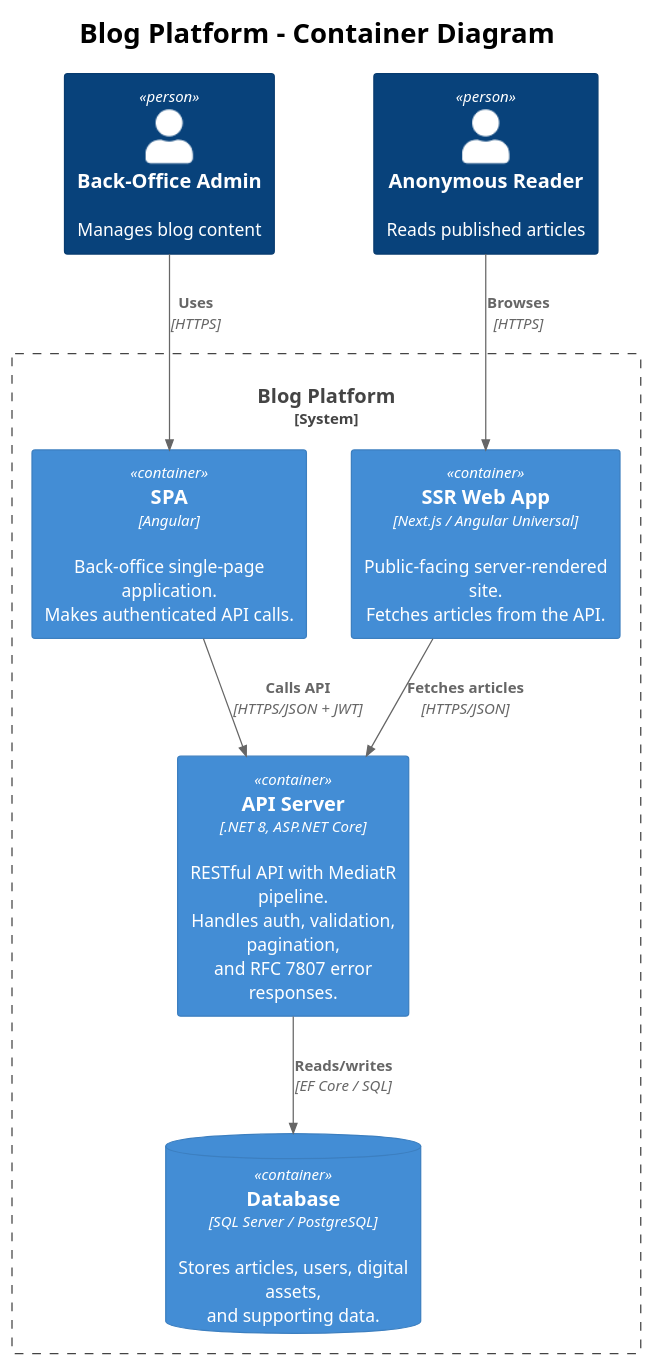
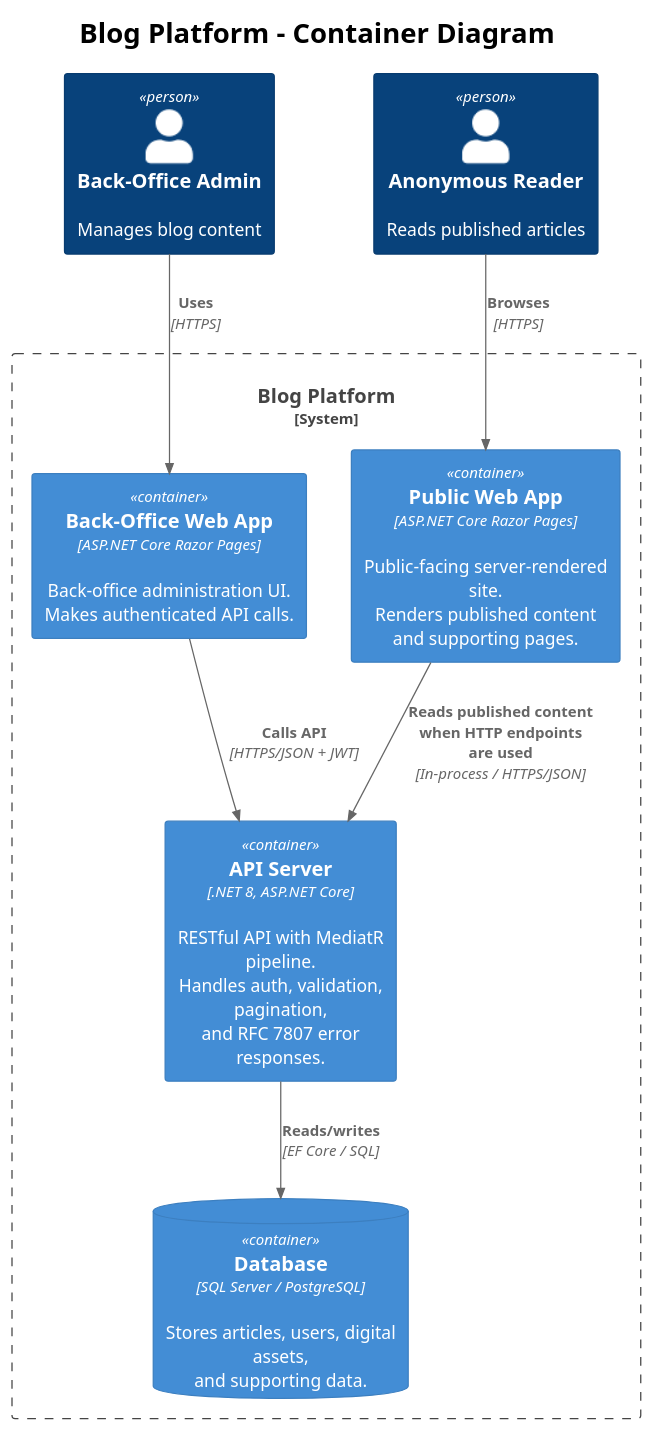
One commit to QuinntyneBrown/Blog changed the diagram in docs/detailed-designs/06-restful-api/diagrams/c4_container.puml. Above: the diagram before and after it, drawn with PlantUML. The commit also changed 18 other files, not shown here.

```diff
--- a/docs/detailed-designs/06-restful-api/diagrams/c4_container.puml
+++ b/docs/detailed-designs/06-restful-api/diagrams/c4_container.puml
@@ -1,23 +1,23 @@
 @startuml c4_container
 !theme plain
 !include <C4/C4_Container>
 
 title Blog Platform - Container Diagram
 
 Person(admin, "Back-Office Admin", "Manages blog content")
 Person(reader, "Anonymous Reader", "Reads published articles")
 
 System_Boundary(blog, "Blog Platform") {
-    Container(spa, "SPA", "Angular", "Back-office single-page application.\nMakes authenticated API calls.")
-    Container(ssr, "SSR Web App", "Next.js / Angular Universal", "Public-facing server-rendered site.\nFetches articles from the API.")
+    Container(adminweb, "Back-Office Web App", "ASP.NET Core Razor Pages", "Back-office administration UI.\nMakes authenticated API calls.")
+    Container(publicweb, "Public Web App", "ASP.NET Core Razor Pages", "Public-facing server-rendered site.\nRenders published content and supporting pages.")
     Container(api, "API Server", ".NET 8, ASP.NET Core", "RESTful API with MediatR pipeline.\nHandles auth, validation, pagination,\nand RFC 7807 error responses.")
     ContainerDb(db, "Database", "SQL Server / PostgreSQL", "Stores articles, users, digital assets,\nand supporting data.")
 }
 
-Rel(admin, spa, "Uses", "HTTPS")
-Rel(reader, ssr, "Browses", "HTTPS")
-Rel(spa, api, "Calls API", "HTTPS/JSON + JWT")
-Rel(ssr, api, "Fetches articles", "HTTPS/JSON")
+Rel(admin, adminweb, "Uses", "HTTPS")
+Rel(reader, publicweb, "Browses", "HTTPS")
+Rel(adminweb, api, "Calls API", "HTTPS/JSON + JWT")
+Rel(publicweb, api, "Reads published content when HTTP endpoints are used", "In-process / HTTPS/JSON")
 Rel(api, db, "Reads/writes", "EF Core / SQL")
 
 @enduml
```
